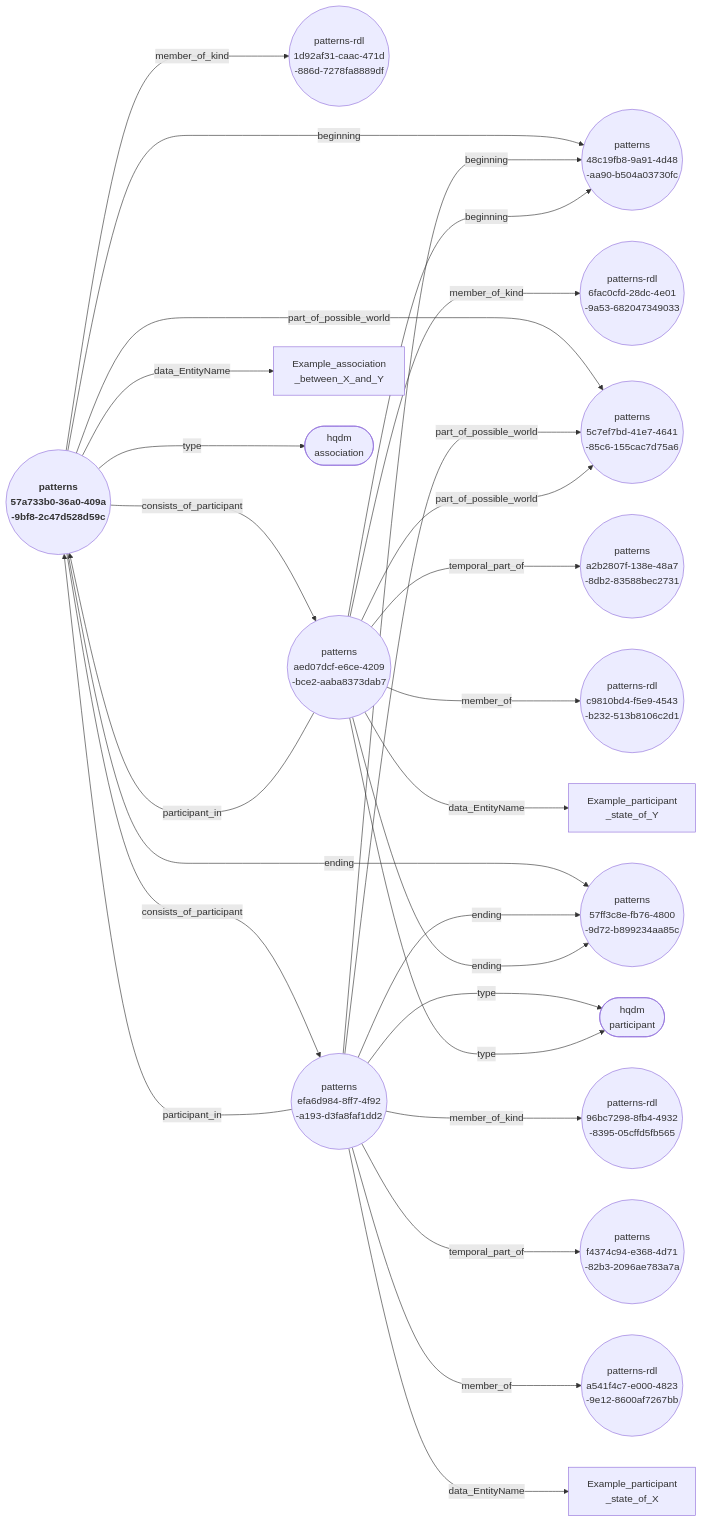
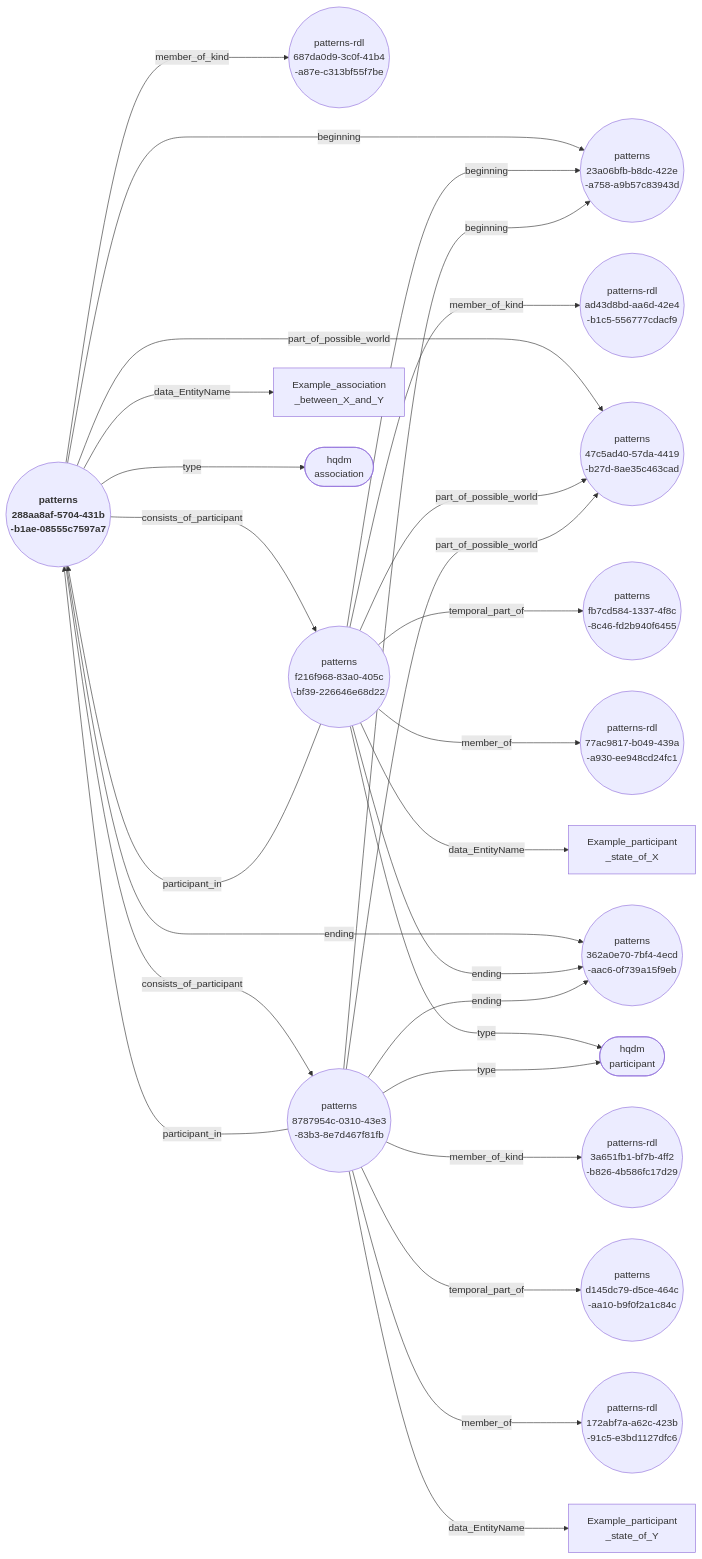
One commit to ClimbingAl/HqdmPatterns changed the diagram in docs/extras/example-files/genericAssociationAndParticipantsNodeEdgeGraph.mermaid. Above: the diagram before and after it, drawn with Mermaid. The commit also changed 32 other files, not shown here.

````diff
--- a/docs/extras/example-files/genericAssociationAndParticipantsNodeEdgeGraph.mermaid
+++ b/docs/extras/example-files/genericAssociationAndParticipantsNodeEdgeGraph.mermaid
@@ -1,29 +1,29 @@
 ``` mermaid
 graph LR
-  57a733b0-36a0-409a-9bf8-2c47d528d59c(("<b> patterns <br> 57a733b0-36a0-409a <br> -9bf8-2c47d528d59c"))--->|"beginning"|48c19fb8-9a91-4d48-aa90-b504a03730fc(("patterns <br> 48c19fb8-9a91-4d48 <br> -aa90-b504a03730fc"));
-  57a733b0-36a0-409a-9bf8-2c47d528d59c(("<b> patterns <br> 57a733b0-36a0-409a <br> -9bf8-2c47d528d59c"))--->|"member_of_kind"|1d92af31-caac-471d-886d-7278fa8889df(("patterns-rdl <br> 1d92af31-caac-471d <br> -886d-7278fa8889df"));
-  57a733b0-36a0-409a-9bf8-2c47d528d59c(("<b> patterns <br> 57a733b0-36a0-409a <br> -9bf8-2c47d528d59c"))--->|"consists_of_participant"|aed07dcf-e6ce-4209-bce2-aaba8373dab7(("patterns <br> aed07dcf-e6ce-4209 <br> -bce2-aaba8373dab7"));
-  57a733b0-36a0-409a-9bf8-2c47d528d59c(("<b> patterns <br> 57a733b0-36a0-409a <br> -9bf8-2c47d528d59c"))--->|"consists_of_participant"|efa6d984-8ff7-4f92-a193-d3fa8faf1dd2(("patterns <br> efa6d984-8ff7-4f92 <br> -a193-d3fa8faf1dd2"));
-  57a733b0-36a0-409a-9bf8-2c47d528d59c(("<b> patterns <br> 57a733b0-36a0-409a <br> -9bf8-2c47d528d59c"))--->|"part_of_possible_world"|5c7ef7bd-41e7-4641-85c6-155cac7d75a6(("patterns <br> 5c7ef7bd-41e7-4641 <br> -85c6-155cac7d75a6"));
-  57a733b0-36a0-409a-9bf8-2c47d528d59c(("<b> patterns <br> 57a733b0-36a0-409a <br> -9bf8-2c47d528d59c"))--->|"data_EntityName"|Example_association_between_X_and_Y["Example_association <br> _between_X_and_Y"];
-  57a733b0-36a0-409a-9bf8-2c47d528d59c(("<b> patterns <br> 57a733b0-36a0-409a <br> -9bf8-2c47d528d59c"))--->|"ending"|57ff3c8e-fb76-4800-9d72-b899234aa85c(("patterns <br> 57ff3c8e-fb76-4800 <br> -9d72-b899234aa85c"));
-  57a733b0-36a0-409a-9bf8-2c47d528d59c(("<b> patterns <br> 57a733b0-36a0-409a <br> -9bf8-2c47d528d59c"))--->|"type"|association(["hqdm <br> association"]);
-  efa6d984-8ff7-4f92-a193-d3fa8faf1dd2(("patterns <br> efa6d984-8ff7-4f92 <br> -a193-d3fa8faf1dd2"))--->|"beginning"|48c19fb8-9a91-4d48-aa90-b504a03730fc(("patterns <br> 48c19fb8-9a91-4d48 <br> -aa90-b504a03730fc"));
-  efa6d984-8ff7-4f92-a193-d3fa8faf1dd2(("patterns <br> efa6d984-8ff7-4f92 <br> -a193-d3fa8faf1dd2"))--->|"member_of_kind"|96bc7298-8fb4-4932-8395-05cffd5fb565(("patterns-rdl <br> 96bc7298-8fb4-4932 <br> -8395-05cffd5fb565"));
-  efa6d984-8ff7-4f92-a193-d3fa8faf1dd2(("patterns <br> efa6d984-8ff7-4f92 <br> -a193-d3fa8faf1dd2"))--->|"part_of_possible_world"|5c7ef7bd-41e7-4641-85c6-155cac7d75a6(("patterns <br> 5c7ef7bd-41e7-4641 <br> -85c6-155cac7d75a6"));
-  efa6d984-8ff7-4f92-a193-d3fa8faf1dd2(("patterns <br> efa6d984-8ff7-4f92 <br> -a193-d3fa8faf1dd2"))--->|"participant_in"|57a733b0-36a0-409a-9bf8-2c47d528d59c(("<b> patterns <br> 57a733b0-36a0-409a <br> -9bf8-2c47d528d59c"));
-  efa6d984-8ff7-4f92-a193-d3fa8faf1dd2(("patterns <br> efa6d984-8ff7-4f92 <br> -a193-d3fa8faf1dd2"))--->|"temporal_part_of"|f4374c94-e368-4d71-82b3-2096ae783a7a(("patterns <br> f4374c94-e368-4d71 <br> -82b3-2096ae783a7a"));
-  efa6d984-8ff7-4f92-a193-d3fa8faf1dd2(("patterns <br> efa6d984-8ff7-4f92 <br> -a193-d3fa8faf1dd2"))--->|"member_of"|a541f4c7-e000-4823-9e12-8600af7267bb(("patterns-rdl <br> a541f4c7-e000-4823 <br> -9e12-8600af7267bb"));
-  efa6d984-8ff7-4f92-a193-d3fa8faf1dd2(("patterns <br> efa6d984-8ff7-4f92 <br> -a193-d3fa8faf1dd2"))--->|"data_EntityName"|Example_participant_state_of_X["Example_participant <br> _state_of_X"];
-  efa6d984-8ff7-4f92-a193-d3fa8faf1dd2(("patterns <br> efa6d984-8ff7-4f92 <br> -a193-d3fa8faf1dd2"))--->|"ending"|57ff3c8e-fb76-4800-9d72-b899234aa85c(("patterns <br> 57ff3c8e-fb76-4800 <br> -9d72-b899234aa85c"));
-  efa6d984-8ff7-4f92-a193-d3fa8faf1dd2(("patterns <br> efa6d984-8ff7-4f92 <br> -a193-d3fa8faf1dd2"))--->|"type"|participant(["hqdm <br> participant"]);
-  aed07dcf-e6ce-4209-bce2-aaba8373dab7(("patterns <br> aed07dcf-e6ce-4209 <br> -bce2-aaba8373dab7"))--->|"beginning"|48c19fb8-9a91-4d48-aa90-b504a03730fc(("patterns <br> 48c19fb8-9a91-4d48 <br> -aa90-b504a03730fc"));
-  aed07dcf-e6ce-4209-bce2-aaba8373dab7(("patterns <br> aed07dcf-e6ce-4209 <br> -bce2-aaba8373dab7"))--->|"member_of_kind"|6fac0cfd-28dc-4e01-9a53-682047349033(("patterns-rdl <br> 6fac0cfd-28dc-4e01 <br> -9a53-682047349033"));
-  aed07dcf-e6ce-4209-bce2-aaba8373dab7(("patterns <br> aed07dcf-e6ce-4209 <br> -bce2-aaba8373dab7"))--->|"part_of_possible_world"|5c7ef7bd-41e7-4641-85c6-155cac7d75a6(("patterns <br> 5c7ef7bd-41e7-4641 <br> -85c6-155cac7d75a6"));
-  aed07dcf-e6ce-4209-bce2-aaba8373dab7(("patterns <br> aed07dcf-e6ce-4209 <br> -bce2-aaba8373dab7"))--->|"participant_in"|57a733b0-36a0-409a-9bf8-2c47d528d59c(("<b> patterns <br> 57a733b0-36a0-409a <br> -9bf8-2c47d528d59c"));
-  aed07dcf-e6ce-4209-bce2-aaba8373dab7(("patterns <br> aed07dcf-e6ce-4209 <br> -bce2-aaba8373dab7"))--->|"temporal_part_of"|a2b2807f-138e-48a7-8db2-83588bec2731(("patterns <br> a2b2807f-138e-48a7 <br> -8db2-83588bec2731"));
-  aed07dcf-e6ce-4209-bce2-aaba8373dab7(("patterns <br> aed07dcf-e6ce-4209 <br> -bce2-aaba8373dab7"))--->|"member_of"|c9810bd4-f5e9-4543-b232-513b8106c2d1(("patterns-rdl <br> c9810bd4-f5e9-4543 <br> -b232-513b8106c2d1"));
-  aed07dcf-e6ce-4209-bce2-aaba8373dab7(("patterns <br> aed07dcf-e6ce-4209 <br> -bce2-aaba8373dab7"))--->|"data_EntityName"|Example_participant_state_of_Y["Example_participant <br> _state_of_Y"];
-  aed07dcf-e6ce-4209-bce2-aaba8373dab7(("patterns <br> aed07dcf-e6ce-4209 <br> -bce2-aaba8373dab7"))--->|"ending"|57ff3c8e-fb76-4800-9d72-b899234aa85c(("patterns <br> 57ff3c8e-fb76-4800 <br> -9d72-b899234aa85c"));
-  aed07dcf-e6ce-4209-bce2-aaba8373dab7(("patterns <br> aed07dcf-e6ce-4209 <br> -bce2-aaba8373dab7"))--->|"type"|participant(["hqdm <br> participant"]);
+  288aa8af-5704-431b-b1ae-08555c7597a7(("<b> patterns <br> 288aa8af-5704-431b <br> -b1ae-08555c7597a7"))--->|"beginning"|23a06bfb-b8dc-422e-a758-a9b57c83943d(("patterns <br> 23a06bfb-b8dc-422e <br> -a758-a9b57c83943d"));
+  288aa8af-5704-431b-b1ae-08555c7597a7(("<b> patterns <br> 288aa8af-5704-431b <br> -b1ae-08555c7597a7"))--->|"member_of_kind"|687da0d9-3c0f-41b4-a87e-c313bf55f7be(("patterns-rdl <br> 687da0d9-3c0f-41b4 <br> -a87e-c313bf55f7be"));
+  288aa8af-5704-431b-b1ae-08555c7597a7(("<b> patterns <br> 288aa8af-5704-431b <br> -b1ae-08555c7597a7"))--->|"consists_of_participant"|f216f968-83a0-405c-bf39-226646e68d22(("patterns <br> f216f968-83a0-405c <br> -bf39-226646e68d22"));
+  288aa8af-5704-431b-b1ae-08555c7597a7(("<b> patterns <br> 288aa8af-5704-431b <br> -b1ae-08555c7597a7"))--->|"consists_of_participant"|8787954c-0310-43e3-83b3-8e7d467f81fb(("patterns <br> 8787954c-0310-43e3 <br> -83b3-8e7d467f81fb"));
+  288aa8af-5704-431b-b1ae-08555c7597a7(("<b> patterns <br> 288aa8af-5704-431b <br> -b1ae-08555c7597a7"))--->|"part_of_possible_world"|47c5ad40-57da-4419-b27d-8ae35c463cad(("patterns <br> 47c5ad40-57da-4419 <br> -b27d-8ae35c463cad"));
+  288aa8af-5704-431b-b1ae-08555c7597a7(("<b> patterns <br> 288aa8af-5704-431b <br> -b1ae-08555c7597a7"))--->|"data_EntityName"|Example_association_between_X_and_Y["Example_association <br> _between_X_and_Y"];
+  288aa8af-5704-431b-b1ae-08555c7597a7(("<b> patterns <br> 288aa8af-5704-431b <br> -b1ae-08555c7597a7"))--->|"ending"|362a0e70-7bf4-4ecd-aac6-0f739a15f9eb(("patterns <br> 362a0e70-7bf4-4ecd <br> -aac6-0f739a15f9eb"));
+  288aa8af-5704-431b-b1ae-08555c7597a7(("<b> patterns <br> 288aa8af-5704-431b <br> -b1ae-08555c7597a7"))--->|"type"|association(["hqdm <br> association"]);
+  f216f968-83a0-405c-bf39-226646e68d22(("patterns <br> f216f968-83a0-405c <br> -bf39-226646e68d22"))--->|"beginning"|23a06bfb-b8dc-422e-a758-a9b57c83943d(("patterns <br> 23a06bfb-b8dc-422e <br> -a758-a9b57c83943d"));
+  f216f968-83a0-405c-bf39-226646e68d22(("patterns <br> f216f968-83a0-405c <br> -bf39-226646e68d22"))--->|"member_of_kind"|ad43d8bd-aa6d-42e4-b1c5-556777cdacf9(("patterns-rdl <br> ad43d8bd-aa6d-42e4 <br> -b1c5-556777cdacf9"));
+  f216f968-83a0-405c-bf39-226646e68d22(("patterns <br> f216f968-83a0-405c <br> -bf39-226646e68d22"))--->|"part_of_possible_world"|47c5ad40-57da-4419-b27d-8ae35c463cad(("patterns <br> 47c5ad40-57da-4419 <br> -b27d-8ae35c463cad"));
+  f216f968-83a0-405c-bf39-226646e68d22(("patterns <br> f216f968-83a0-405c <br> -bf39-226646e68d22"))--->|"participant_in"|288aa8af-5704-431b-b1ae-08555c7597a7(("<b> patterns <br> 288aa8af-5704-431b <br> -b1ae-08555c7597a7"));
+  f216f968-83a0-405c-bf39-226646e68d22(("patterns <br> f216f968-83a0-405c <br> -bf39-226646e68d22"))--->|"temporal_part_of"|fb7cd584-1337-4f8c-8c46-fd2b940f6455(("patterns <br> fb7cd584-1337-4f8c <br> -8c46-fd2b940f6455"));
+  f216f968-83a0-405c-bf39-226646e68d22(("patterns <br> f216f968-83a0-405c <br> -bf39-226646e68d22"))--->|"member_of"|77ac9817-b049-439a-a930-ee948cd24fc1(("patterns-rdl <br> 77ac9817-b049-439a <br> -a930-ee948cd24fc1"));
+  f216f968-83a0-405c-bf39-226646e68d22(("patterns <br> f216f968-83a0-405c <br> -bf39-226646e68d22"))--->|"data_EntityName"|Example_participant_state_of_X["Example_participant <br> _state_of_X"];
+  f216f968-83a0-405c-bf39-226646e68d22(("patterns <br> f216f968-83a0-405c <br> -bf39-226646e68d22"))--->|"ending"|362a0e70-7bf4-4ecd-aac6-0f739a15f9eb(("patterns <br> 362a0e70-7bf4-4ecd <br> -aac6-0f739a15f9eb"));
+  f216f968-83a0-405c-bf39-226646e68d22(("patterns <br> f216f968-83a0-405c <br> -bf39-226646e68d22"))--->|"type"|participant(["hqdm <br> participant"]);
+  8787954c-0310-43e3-83b3-8e7d467f81fb(("patterns <br> 8787954c-0310-43e3 <br> -83b3-8e7d467f81fb"))--->|"beginning"|23a06bfb-b8dc-422e-a758-a9b57c83943d(("patterns <br> 23a06bfb-b8dc-422e <br> -a758-a9b57c83943d"));
+  8787954c-0310-43e3-83b3-8e7d467f81fb(("patterns <br> 8787954c-0310-43e3 <br> -83b3-8e7d467f81fb"))--->|"member_of_kind"|3a651fb1-bf7b-4ff2-b826-4b586fc17d29(("patterns-rdl <br> 3a651fb1-bf7b-4ff2 <br> -b826-4b586fc17d29"));
+  8787954c-0310-43e3-83b3-8e7d467f81fb(("patterns <br> 8787954c-0310-43e3 <br> -83b3-8e7d467f81fb"))--->|"part_of_possible_world"|47c5ad40-57da-4419-b27d-8ae35c463cad(("patterns <br> 47c5ad40-57da-4419 <br> -b27d-8ae35c463cad"));
+  8787954c-0310-43e3-83b3-8e7d467f81fb(("patterns <br> 8787954c-0310-43e3 <br> -83b3-8e7d467f81fb"))--->|"participant_in"|288aa8af-5704-431b-b1ae-08555c7597a7(("<b> patterns <br> 288aa8af-5704-431b <br> -b1ae-08555c7597a7"));
+  8787954c-0310-43e3-83b3-8e7d467f81fb(("patterns <br> 8787954c-0310-43e3 <br> -83b3-8e7d467f81fb"))--->|"temporal_part_of"|d145dc79-d5ce-464c-aa10-b9f0f2a1c84c(("patterns <br> d145dc79-d5ce-464c <br> -aa10-b9f0f2a1c84c"));
+  8787954c-0310-43e3-83b3-8e7d467f81fb(("patterns <br> 8787954c-0310-43e3 <br> -83b3-8e7d467f81fb"))--->|"member_of"|172abf7a-a62c-423b-91c5-e3bd1127dfc6(("patterns-rdl <br> 172abf7a-a62c-423b <br> -91c5-e3bd1127dfc6"));
+  8787954c-0310-43e3-83b3-8e7d467f81fb(("patterns <br> 8787954c-0310-43e3 <br> -83b3-8e7d467f81fb"))--->|"data_EntityName"|Example_participant_state_of_Y["Example_participant <br> _state_of_Y"];
+  8787954c-0310-43e3-83b3-8e7d467f81fb(("patterns <br> 8787954c-0310-43e3 <br> -83b3-8e7d467f81fb"))--->|"ending"|362a0e70-7bf4-4ecd-aac6-0f739a15f9eb(("patterns <br> 362a0e70-7bf4-4ecd <br> -aac6-0f739a15f9eb"));
+  8787954c-0310-43e3-83b3-8e7d467f81fb(("patterns <br> 8787954c-0310-43e3 <br> -83b3-8e7d467f81fb"))--->|"type"|participant(["hqdm <br> participant"]);
 ```
````
